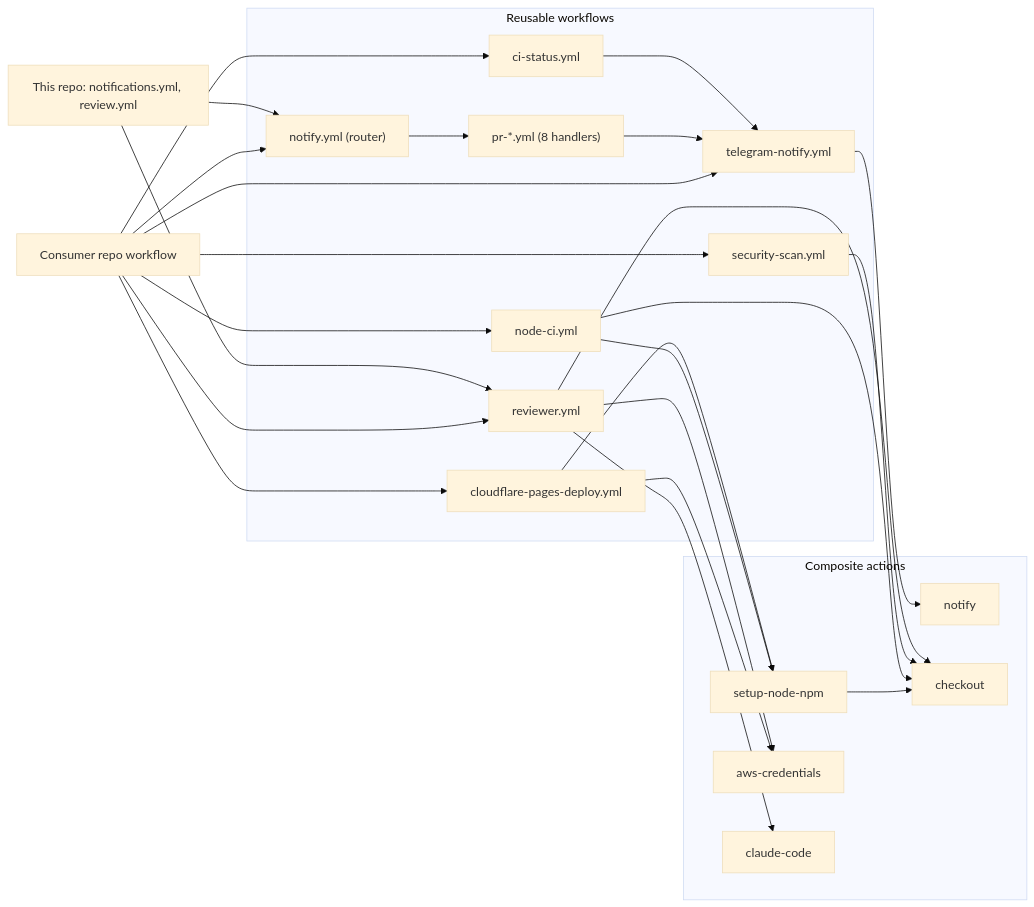
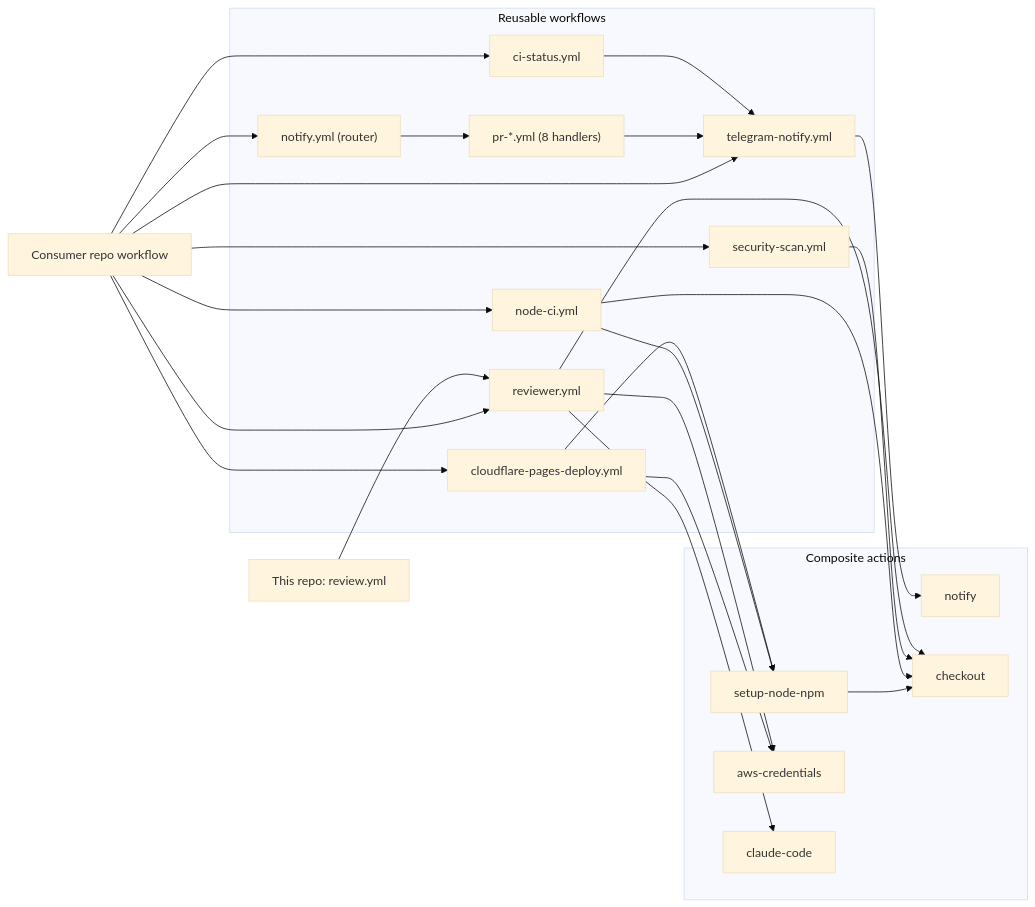
The diagram in docs/architecture.md (domengabrovsek/github-actions), drawn with Mermaid (base theme) before and after one commit. The commit also changed other lines of this file and 1 other file, not shown here.

First line of the commit message:
ci: remove the Actions notifications workflow (#56)

````diff
--- a/docs/architecture.md
+++ b/docs/architecture.md
@@ -25,45 +27,44 @@
 ```mermaid
 flowchart LR
   consumer["Consumer repo workflow"]
-  self["This repo: notifications.yml, review.yml"]
+  self["This repo: review.yml"]
 
   subgraph workflows["Reusable workflows"]
     notify["notify.yml (router)"]
     handlers["pr-*.yml (8 handlers)"]
     cistatus["ci-status.yml"]
     formatter["telegram-notify.yml"]
     nodeci["node-ci.yml"]
     scan["security-scan.yml"]
     deploy["cloudflare-pages-deploy.yml"]
     reviewer["reviewer.yml"]
   end
 
   subgraph actions["Composite actions"]
     a_notify["notify"]
     a_node["setup-node-npm"]
     a_checkout["checkout"]
     a_aws["aws-credentials"]
     a_claude["claude-code"]
   end
 
   consumer --> notify
   consumer --> cistatus
   consumer --> formatter
   consumer --> nodeci
   consumer --> scan
   consumer --> deploy
   consumer --> reviewer
-  self --> notify
   self --> reviewer
 
   notify --> handlers --> formatter --> a_notify
   cistatus --> formatter
   nodeci --> a_node --> a_checkout
   nodeci --> a_checkout
   scan --> a_checkout
   deploy --> a_node
   deploy --> a_aws
   reviewer --> a_checkout
   reviewer --> a_aws
   reviewer --> a_claude
 ```
````
